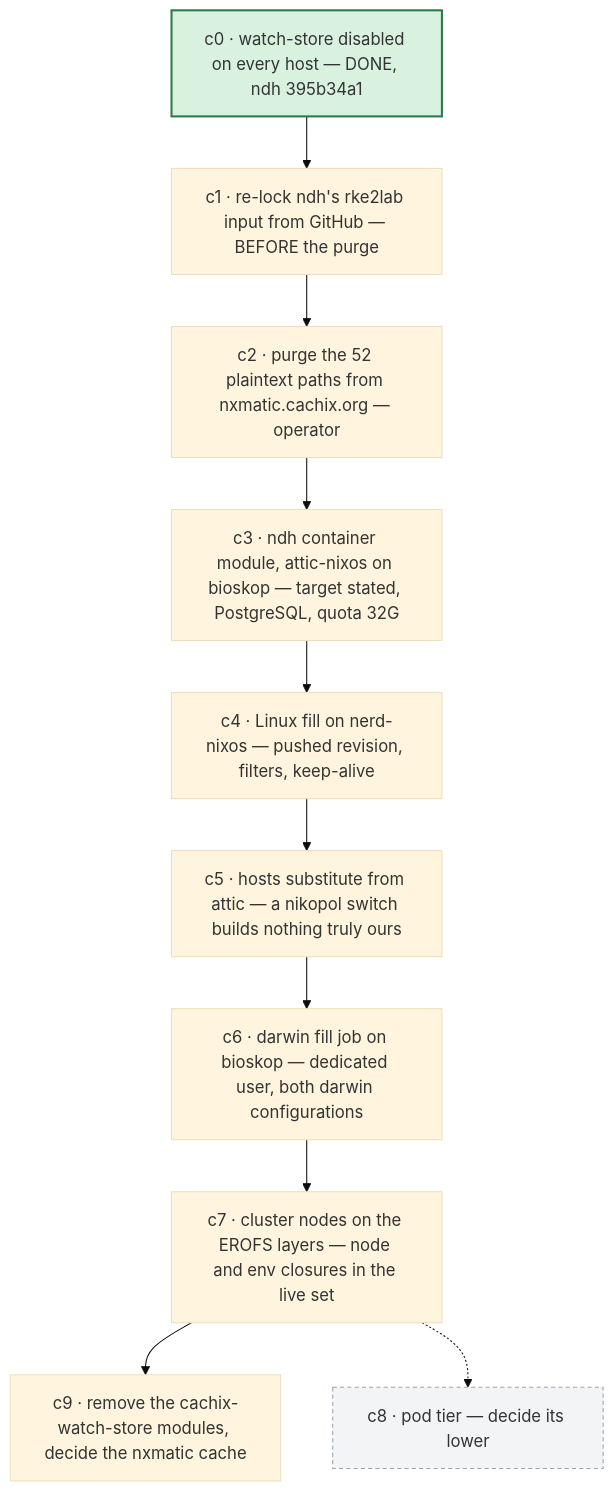
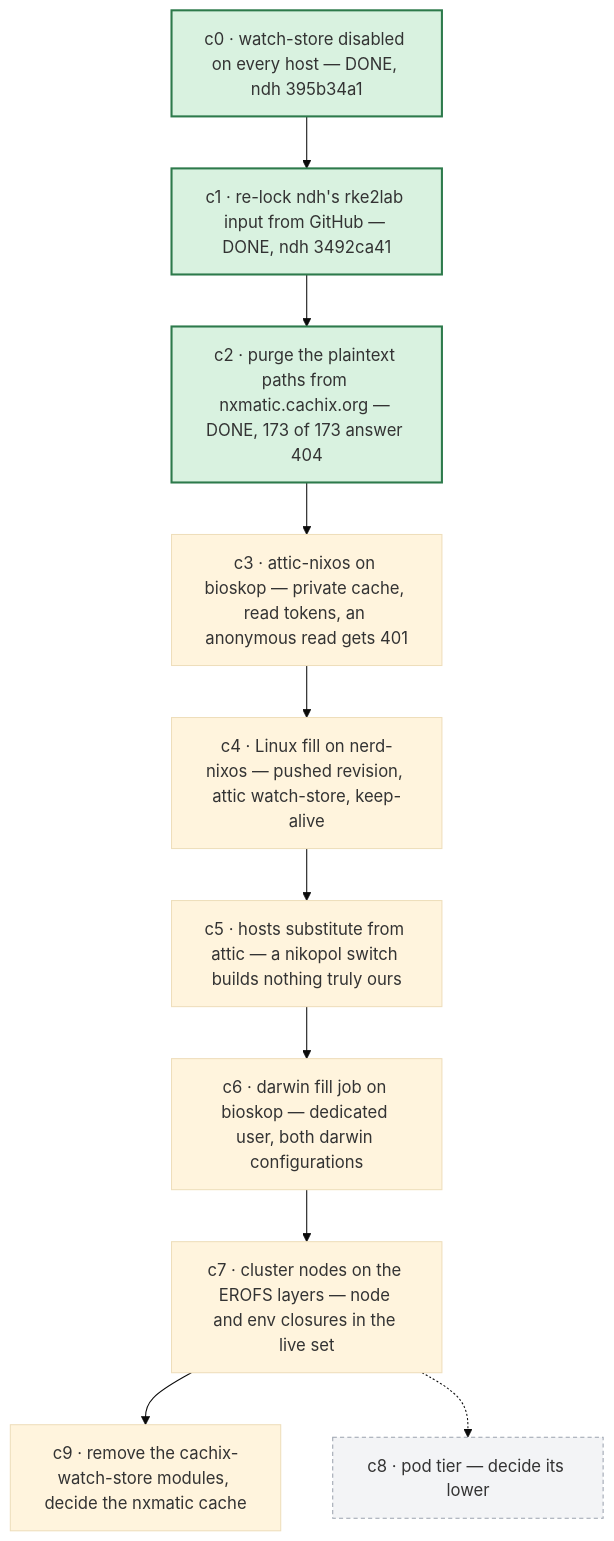
One commit to seedmatic/rke2lab changed the eighth of 8 diagrams in docs/architecture/atlas/fabric-control-plane.adoc. Above: the diagram before and after it, drawn with Mermaid (base theme). The commit also changed other lines of this file and 2 other files, not shown here.

First line of the commit message:
docs(atlas): the cache fills by watch-store behind authenticated reads; c1 and c2 done

```diff
--- a/docs/architecture/atlas/fabric-control-plane.adoc
+++ b/docs/architecture/atlas/fabric-control-plane.adoc
@@ -516,19 +518,19 @@
 [mermaid]
 ....
 flowchart TB
   c0["c0 · watch-store disabled on every host — DONE, ndh 395b34a1"]:::done
-  c1["c1 · re-lock ndh's rke2lab input from GitHub — BEFORE the purge"]
-  c2["c2 · purge the 52 plaintext paths from nxmatic.cachix.org — operator"]
-  c3["c3 · ndh container module, attic-nixos on bioskop — target stated, PostgreSQL, quota 32G"]
-  c4["c4 · Linux fill on nerd-nixos — pushed revision, filters, keep-alive"]
+  c1["c1 · re-lock ndh's rke2lab input from GitHub — DONE, ndh 3492ca41"]:::done
+  c2["c2 · purge the plaintext paths from nxmatic.cachix.org — DONE, 173 of 173 answer 404"]:::done
+  c3["c3 · attic-nixos on bioskop — private cache, read tokens, an anonymous read gets 401"]
+  c4["c4 · Linux fill on nerd-nixos — pushed revision, attic watch-store, keep-alive"]
   c5["c5 · hosts substitute from attic — a nikopol switch builds nothing truly ours"]
   c6["c6 · darwin fill job on bioskop — dedicated user, both darwin configurations"]
   c7["c7 · cluster nodes on the EROFS layers — node and env closures in the live set"]
   c8["c8 · pod tier — decide its lower"]:::later
   c9["c9 · remove the cachix-watch-store modules, decide the nxmatic cache"]
   c0 --> c1 --> c2 --> c3 --> c4 --> c5 --> c6 --> c7 --> c9
   c7 -.-> c8
 
   classDef done fill:#d9f2e0,stroke:#2d7a4b,stroke-width:2px;
   classDef later fill:#f3f4f6,stroke:#9ca3af,stroke-dasharray:4 3;
 ....
```
